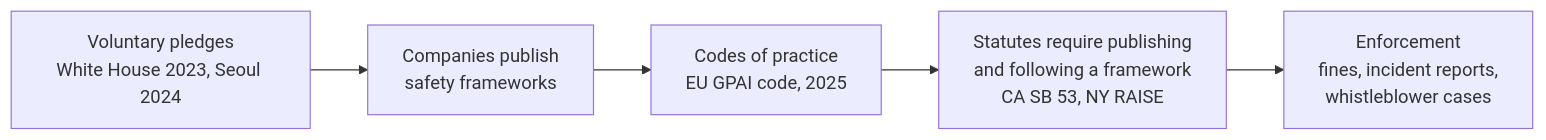
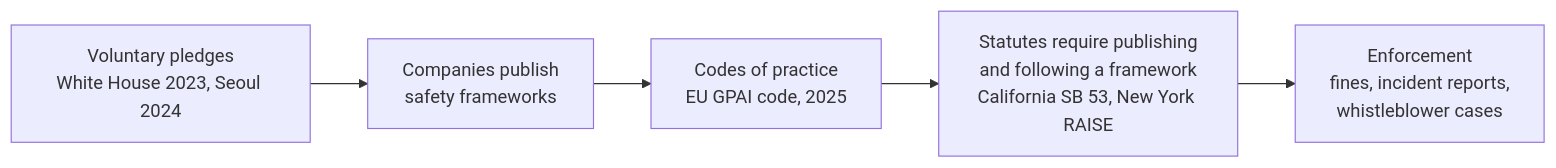
One commit to mcichael1-eng/Leash-Holder-2 changed diagram 11 of 12 in ai-book/chapters/59-law-and-policy.md. Above: the diagram before and after it, drawn with Mermaid. The commit also changed 9 other files, not shown here.

````diff
--- a/ai-book/chapters/59-law-and-policy.md
+++ b/ai-book/chapters/59-law-and-policy.md
@@ -928,7 +928,7 @@
 ```mermaid
 flowchart LR
     A["Voluntary pledges<br/>White House 2023, Seoul 2024"] --> B["Companies publish<br/>safety frameworks"]
     B --> C["Codes of practice<br/>EU GPAI code, 2025"]
-    C --> D["Statutes require publishing<br/>and following a framework<br/>CA SB 53, NY RAISE"]
+    C --> D["Statutes require publishing<br/>and following a framework<br/>California SB 53, New York RAISE"]
     D --> E["Enforcement<br/>fines, incident reports,<br/>whistleblower cases"]
 ```
````
